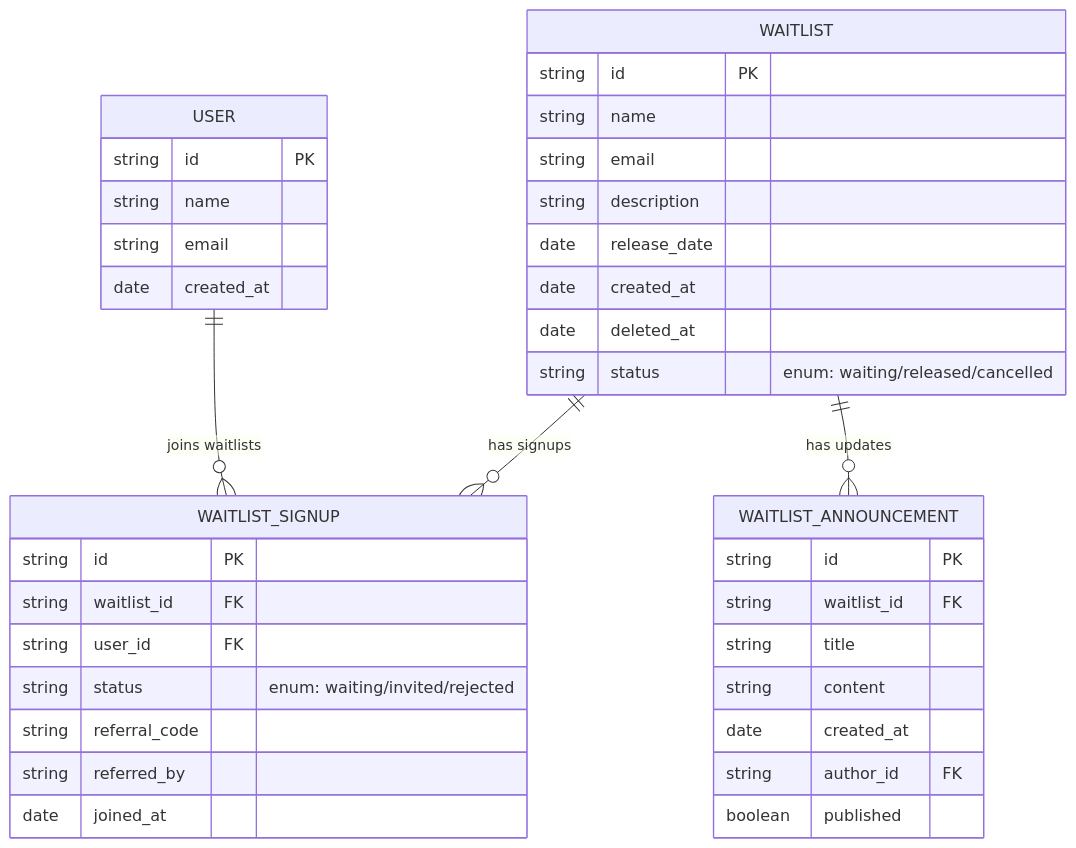
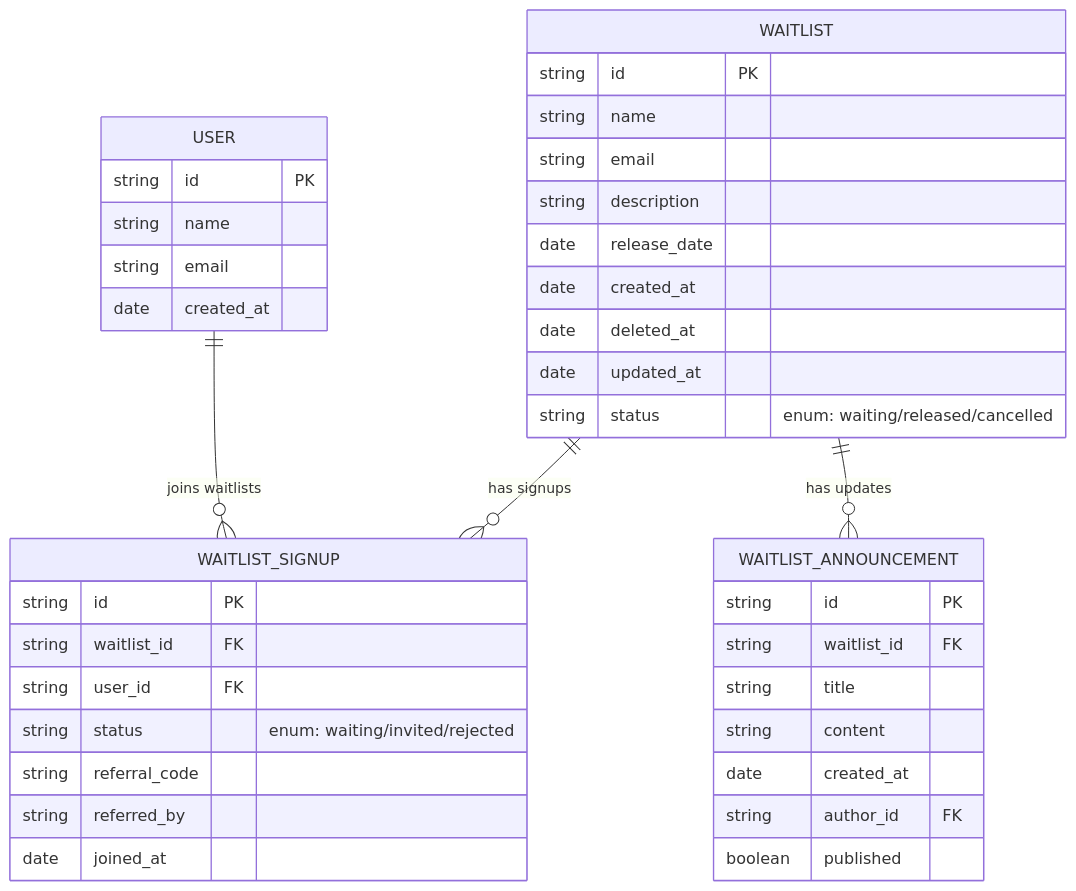
Before and after one commit to thezetrax/waitlist-sass-services: the diagram in docs/erdiagram.mermaid, drawn with Mermaid. The commit also changed 7 other files, not shown here.

```diff
--- a/docs/erdiagram.mermaid
+++ b/docs/erdiagram.mermaid
@@ -1,41 +1,42 @@
 %% This is an ER diagram for the Waitlist API
 
 erDiagram
     WAITLIST {
         string id PK
         string name
         string email
         string description
         date   release_date
         date   created_at
         date   deleted_at
+        date   updated_at
         string status "enum: waiting/released/cancelled"
     }
     USER {
         string id PK
         string name
         string email
         date   created_at
     }
     WAITLIST_SIGNUP {
         string id PK
         string waitlist_id FK
         string user_id FK
         string status "enum: waiting/invited/rejected"
         string referral_code
         string referred_by
         date   joined_at
     }
     WAITLIST_ANNOUNCEMENT {
         string id PK
         string waitlist_id FK
         string title
         string content
         date   created_at
         string author_id FK
         boolean published
     }
 
     WAITLIST ||--o{ WAITLIST_SIGNUP : "has signups"
     WAITLIST ||--o{ WAITLIST_ANNOUNCEMENT : "has updates"
     USER ||--o{ WAITLIST_SIGNUP : "joins waitlists"
```
